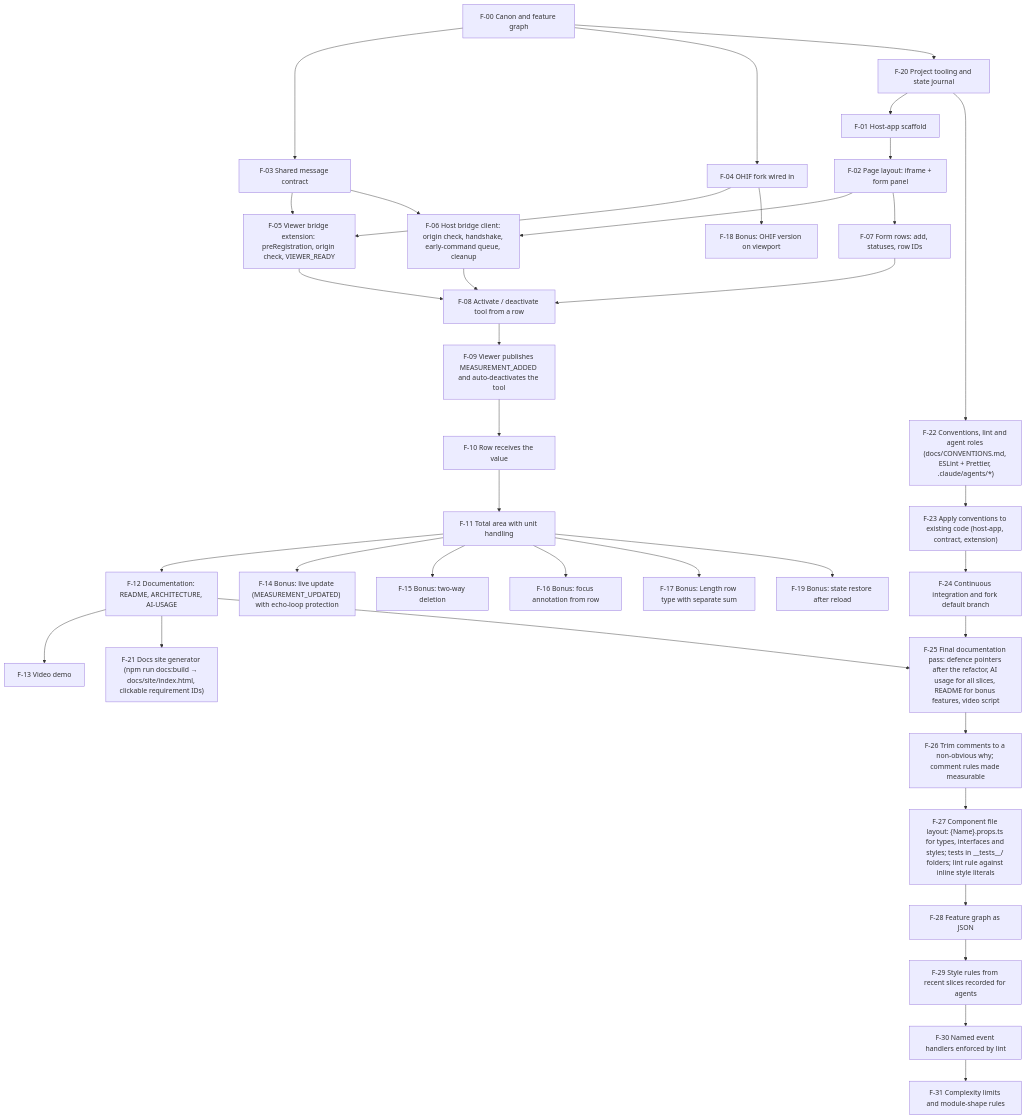
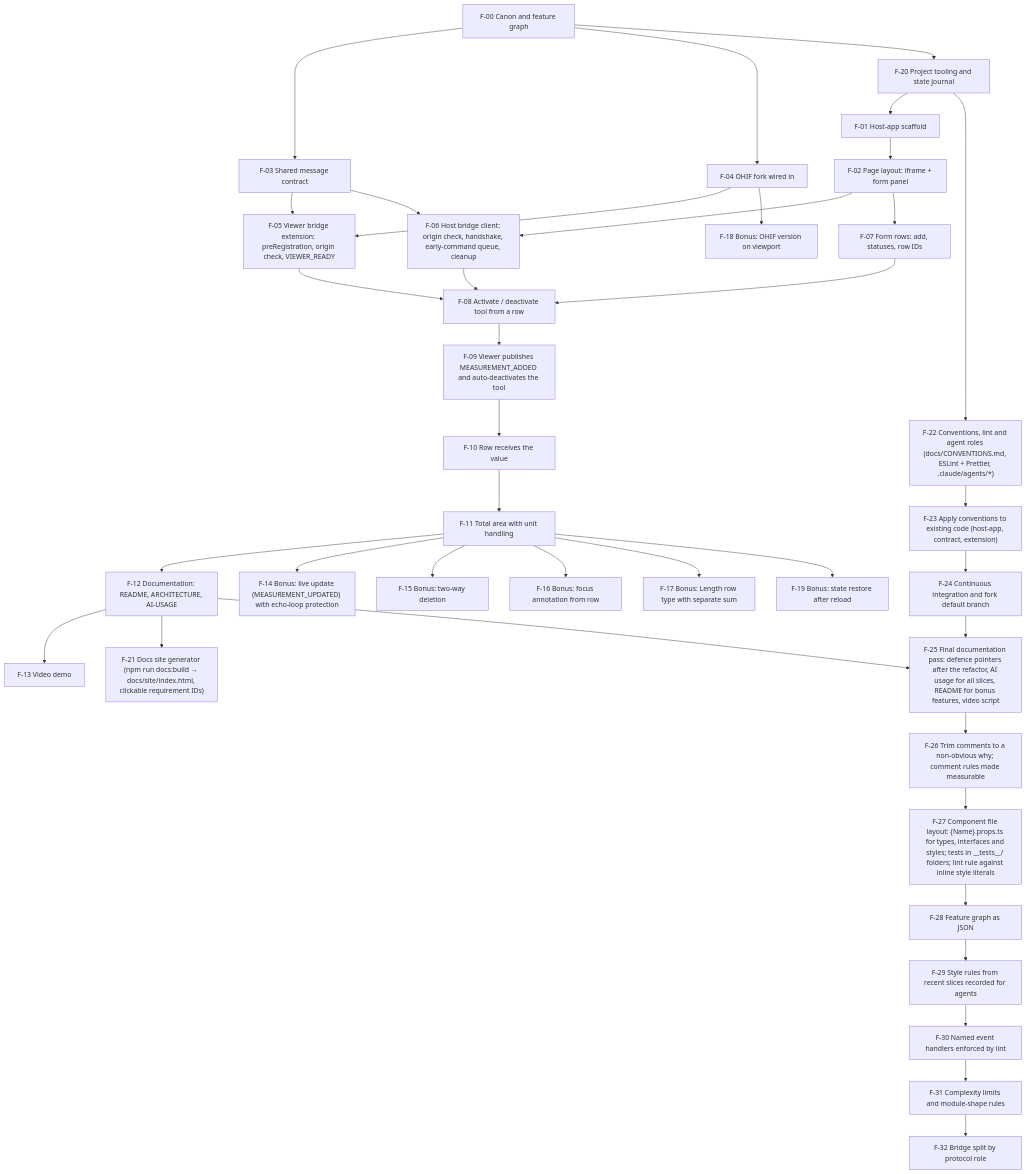
One commit to bdiadiun/artifact-synchronization changed the diagram in docs/FEATURE-GRAPH.md. Above: the diagram before and after it, drawn with Mermaid. The commit also changed other lines of this file and 6 other files, not shown here.

First line of the commit message:
refactor: split the bridge

````diff
--- a/docs/FEATURE-GRAPH.md
+++ b/docs/FEATURE-GRAPH.md
@@ -89,72 +90,74 @@
 ```mermaid
 graph TD
   F00["F-00 Canon and feature graph"]
   F01["F-01 Host-app scaffold"]
   F02["F-02 Page layout: iframe + form panel"]
   F03["F-03 Shared message contract"]
   F04["F-04 OHIF fork wired in"]
   F05["F-05 Viewer bridge extension: preRegistration, origin check, VIEWER_READY"]
   F06["F-06 Host bridge client: origin check, handshake, early-command queue, cleanup"]
   F07["F-07 Form rows: add, statuses, row IDs"]
   F08["F-08 Activate / deactivate tool from a row"]
   F09["F-09 Viewer publishes MEASUREMENT_ADDED and auto-deactivates the tool"]
   F10["F-10 Row receives the value"]
   F11["F-11 Total area with unit handling"]
   F12["F-12 Documentation: README, ARCHITECTURE, AI-USAGE"]
   F13["F-13 Video demo"]
   F14["F-14 Bonus: live update (MEASUREMENT_UPDATED) with echo-loop protection"]
   F15["F-15 Bonus: two-way deletion"]
   F16["F-16 Bonus: focus annotation from row"]
   F17["F-17 Bonus: Length row type with separate sum"]
   F18["F-18 Bonus: OHIF version on viewport"]
   F19["F-19 Bonus: state restore after reload"]
   F20["F-20 Project tooling and state journal"]
   F21["F-21 Docs site generator (npm run docs:build → docs/site/index.html, clickable requirement IDs)"]
   F22["F-22 Conventions, lint and agent roles (docs/CONVENTIONS.md, ESLint + Prettier, .claude/agents/*)"]
   F23["F-23 Apply conventions to existing code (host-app, contract, extension)"]
   F24["F-24 Continuous integration and fork default branch"]
   F25["F-25 Final documentation pass: defence pointers after the refactor, AI usage for all slices, README for bonus features, video script"]
   F26["F-26 Trim comments to a non-obvious why; comment rules made measurable"]
   F27["F-27 Component file layout: {Name}.props.ts for types, interfaces and styles; tests in __tests__/ folders; lint rule against inline style literals"]
   F28["F-28 Feature graph as JSON"]
   F29["F-29 Style rules from recent slices recorded for agents"]
   F30["F-30 Named event handlers enforced by lint"]
   F31["F-31 Complexity limits and module-shape rules"]
+  F32["F-32 Bridge split by protocol role"]
 
   F20 --> F01
   F01 --> F02
   F00 --> F03
   F00 --> F04
   F03 --> F05
   F04 --> F05
   F02 --> F06
   F03 --> F06
   F02 --> F07
   F05 --> F08
   F06 --> F08
   F07 --> F08
   F08 --> F09
   F09 --> F10
   F10 --> F11
   F11 --> F12
   F12 --> F13
   F11 --> F14
   F11 --> F15
   F11 --> F16
   F11 --> F17
   F04 --> F18
   F11 --> F19
   F00 --> F20
   F12 --> F21
   F20 --> F22
   F22 --> F23
   F23 --> F24
   F12 --> F25
   F24 --> F25
   F25 --> F26
   F26 --> F27
   F27 --> F28
   F28 --> F29
   F29 --> F30
   F30 --> F31
+  F31 --> F32
 ```
````
